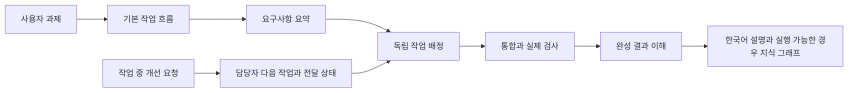
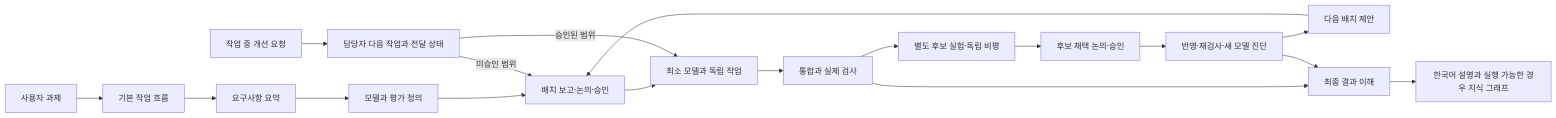
One commit to arcturus0637-rgb/taskflow-kit changed the diagram in docs/UNDERSTAND.ko.md. Above: the diagram before and after it, drawn with Mermaid. The commit also changed other lines of this file and 28 other files, not shown here.

````diff
--- a/docs/UNDERSTAND.ko.md
+++ b/docs/UNDERSTAND.ko.md
@@ -9,11 +9,20 @@
 ```mermaid
 flowchart LR
     U[사용자 과제] --> W[기본 작업 흐름]
     W --> B[요구사항 요약]
-    B --> P[독립 작업 배정]
+    B --> M[모델과 평가 정의]
+    M --> D[배치 보고·논의·승인]
+    D --> P[최소 모델과 독립 작업]
     P --> I[통합과 실제 검사]
-    I --> A[완성 결과 이해]
+    I --> E[별도 후보 실험·독립 비평]
+    E --> C[후보 채택 논의·승인]
+    C --> V[반영·재검사·새 모델 진단]
+    V --> N[다음 배치 제안]
+    N --> D
+    I --> A[최종 결과 이해]
+    V --> A
     A --> K[한국어 설명과 실행 가능한 경우 지식 그래프]
     R[작업 중 개선 요청] --> Q[담당자 다음 작업과 전달 상태]
-    Q --> P
+    Q -->|미승인 범위| D
+    Q -->|승인된 범위| P
 ```
````
